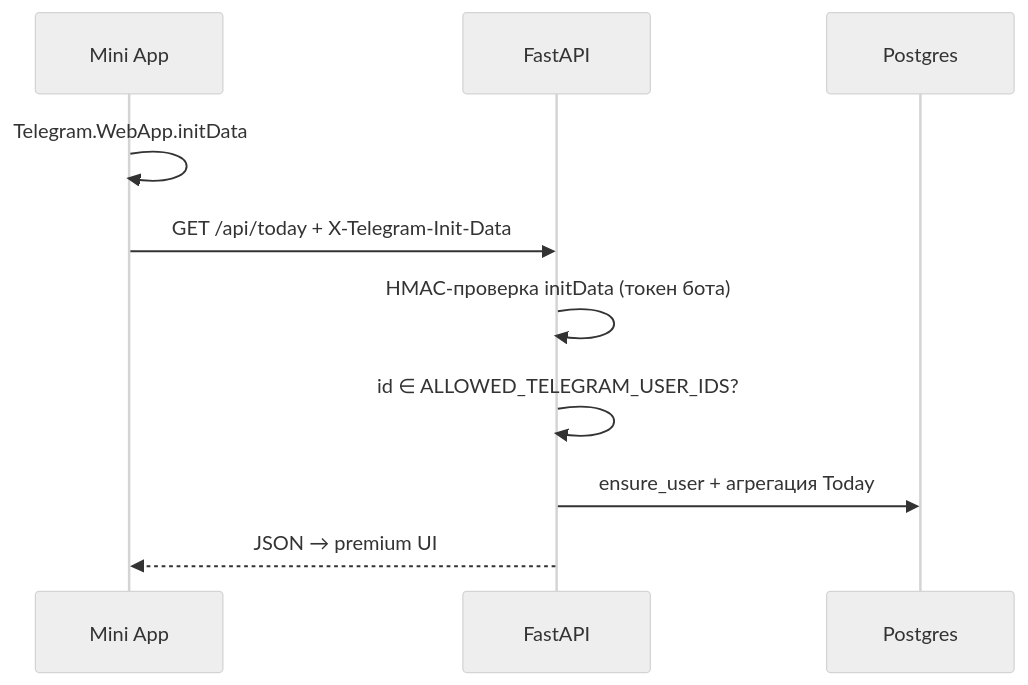
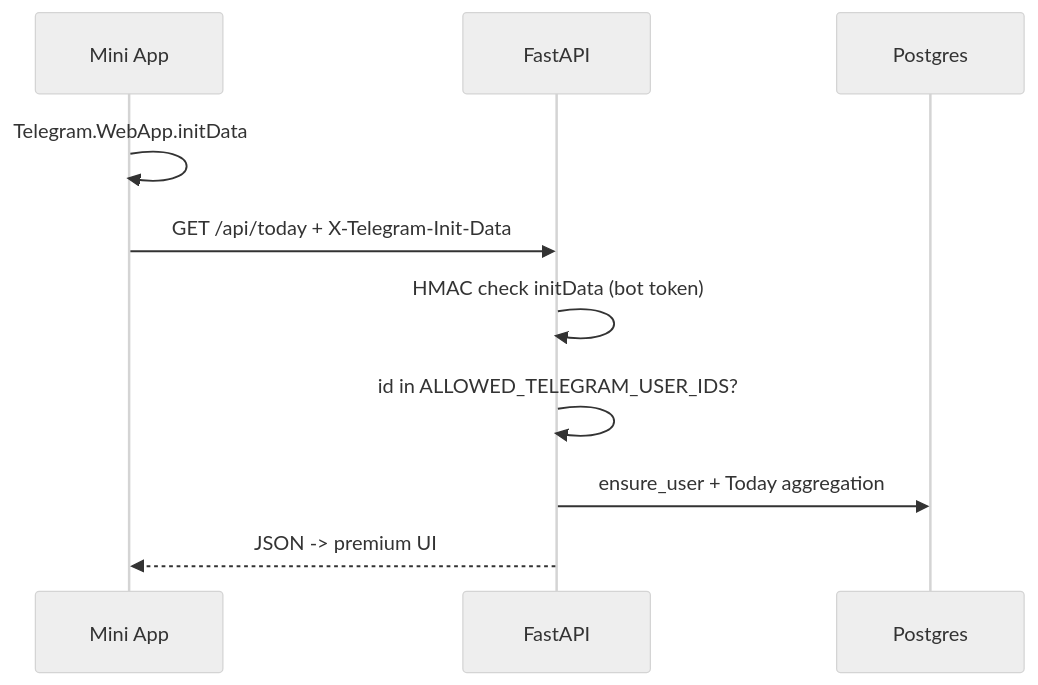
Before and after one commit to Maksim-Burtsev/lumi: the third of 4 diagrams in docs/architecture.md, drawn with Mermaid (neutral theme). The commit also changed other lines of this file and 8 other files, not shown here.

````diff
--- a/docs/architecture.md
+++ b/docs/architecture.md
@@ -85,13 +81,13 @@
 ```mermaid
 sequenceDiagram
     participant WA as Mini App
     participant API as FastAPI
     participant DB as Postgres
 
     WA->>WA: Telegram.WebApp.initData
     WA->>API: GET /api/today + X-Telegram-Init-Data
-    API->>API: HMAC-проверка initData (токен бота)
-    API->>API: id ∈ ALLOWED_TELEGRAM_USER_IDS?
-    API->>DB: ensure_user + агрегация Today
-    API-->>WA: JSON → premium UI
+    API->>API: HMAC check initData (bot token)
+    API->>API: id in ALLOWED_TELEGRAM_USER_IDS?
+    API->>DB: ensure_user + Today aggregation
+    API-->>WA: JSON -> premium UI
 ```
````
